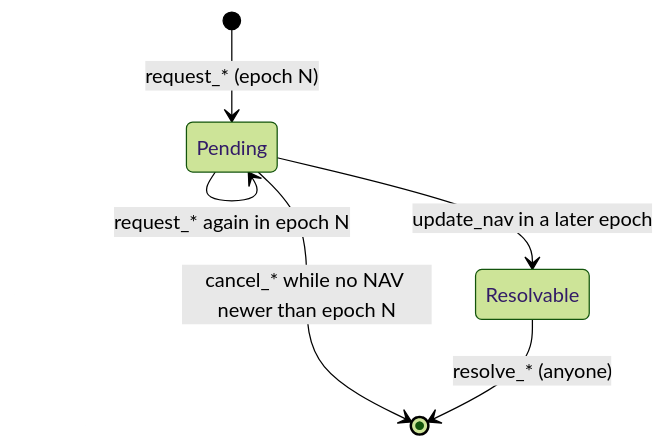
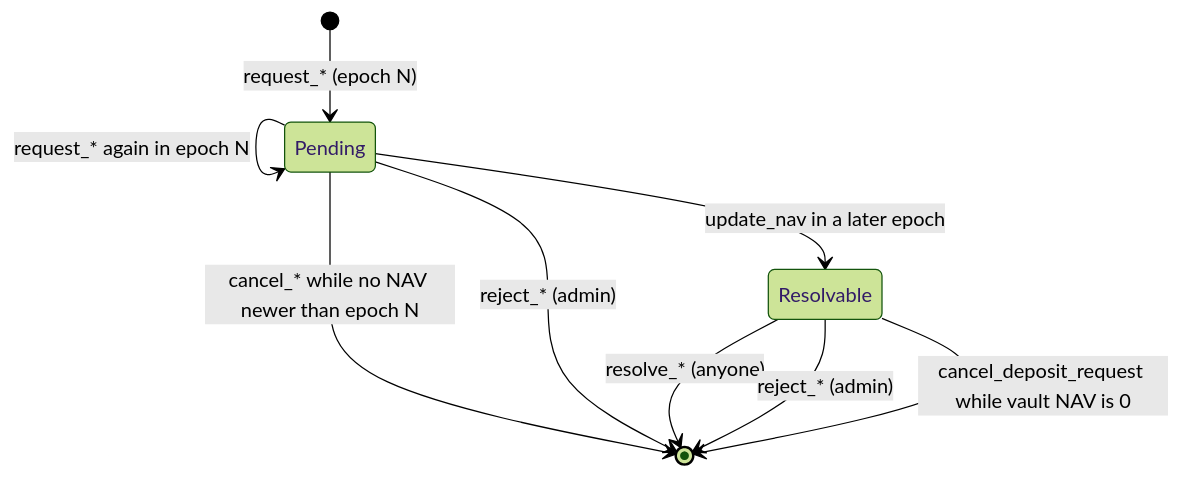
The second of 3 diagrams in docs/accounts.md (HedginVault/programs), drawn with Mermaid (forest theme) before and after one commit. The commit also changed other lines of this file and 2 other files, not shown here.

````diff
--- a/docs/accounts.md
+++ b/docs/accounts.md
@@ -295,8 +308,11 @@
 ```mermaid
 stateDiagram-v2
     [*] --> Pending : request_* (epoch N)
     Pending --> Pending : request_* again in epoch N
     Pending --> [*] : cancel_* while no NAV newer than epoch N
+    Pending --> [*] : reject_* (admin)
     Pending --> Resolvable : update_nav in a later epoch
     Resolvable --> [*] : resolve_* (anyone)
+    Resolvable --> [*] : reject_* (admin)
+    Resolvable --> [*] : cancel_deposit_request while vault NAV is 0
 ```
````
